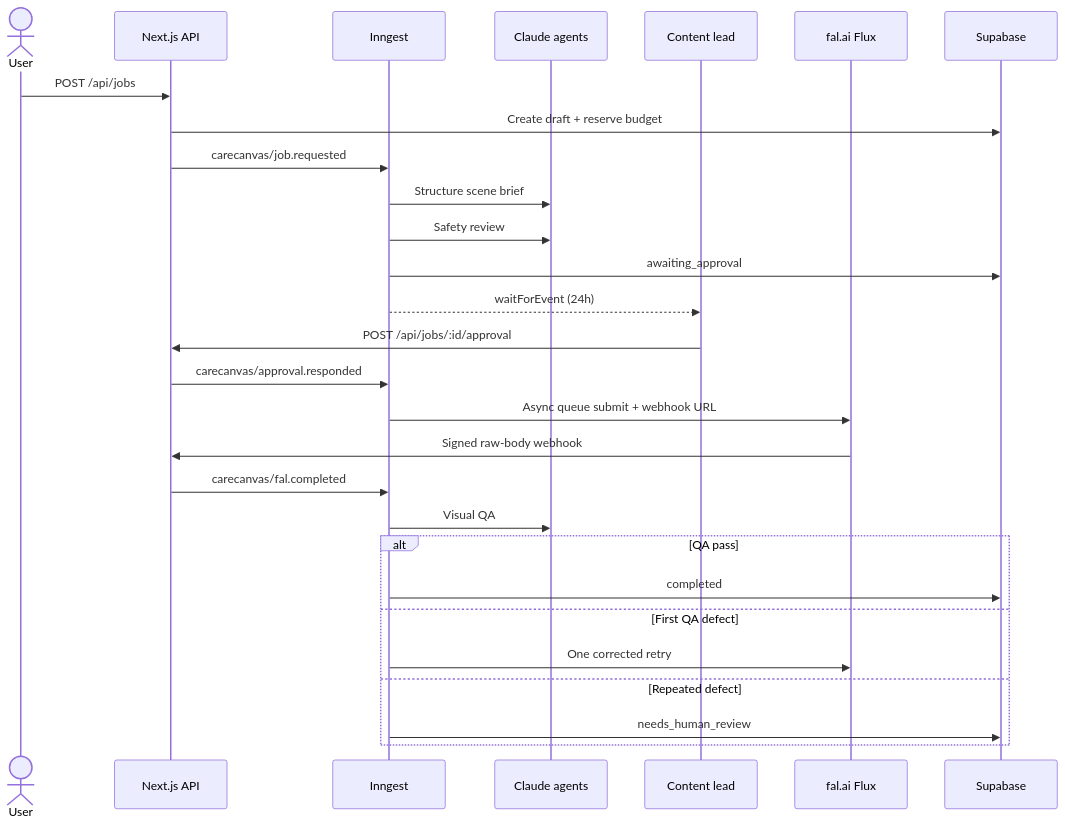
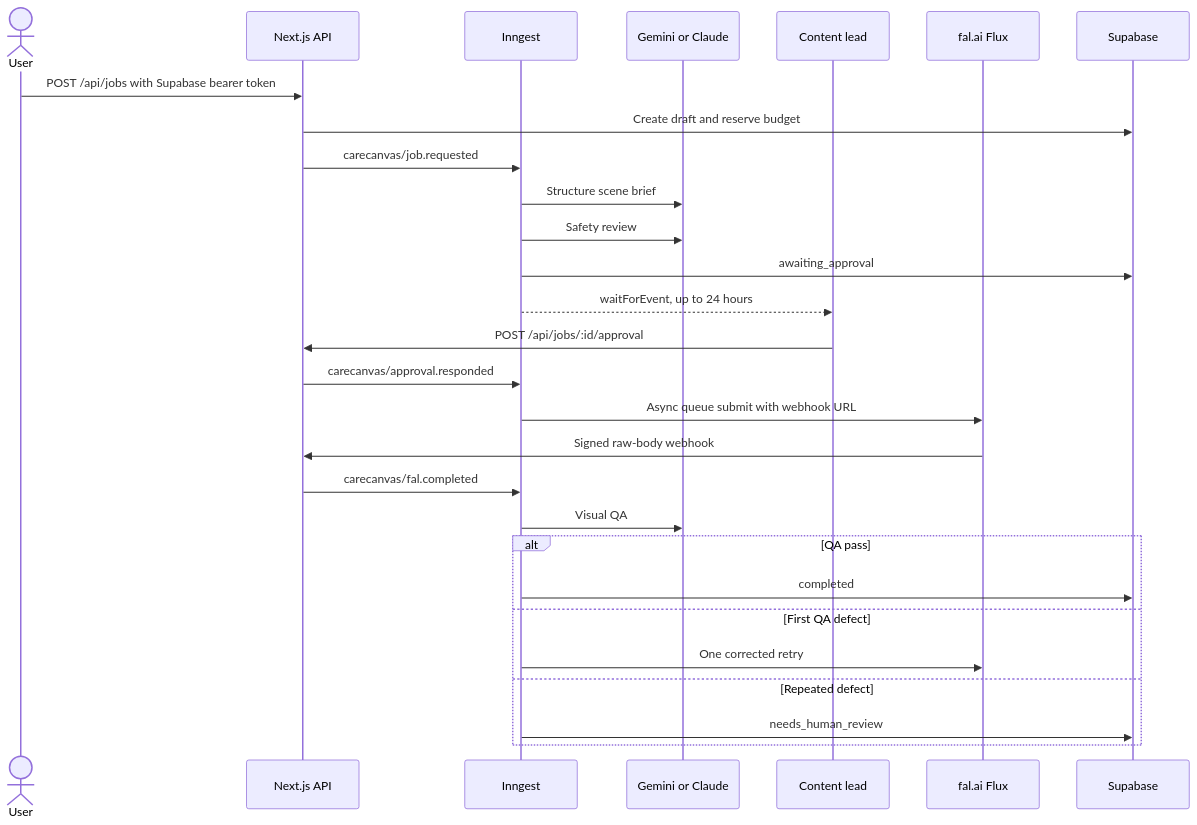
One commit to karuqii9704/carecanvas changed the second of 2 diagrams in docs/ARCHITECTURE.md. Above: the diagram before and after it, drawn with Mermaid. The commit also changed other lines of this file and 20 other files, not shown here.

````diff
--- a/docs/ARCHITECTURE.md
+++ b/docs/ARCHITECTURE.md
@@ -5,31 +51,31 @@
 ```mermaid
 sequenceDiagram
     actor User
     participant API as Next.js API
     participant Flow as Inngest
-    participant Claude as Claude agents
+    participant Agent as Gemini or Claude
     participant Human as Content lead
     participant Fal as fal.ai Flux
     participant DB as Supabase
 
-    User->>API: POST /api/jobs
-    API->>DB: Create draft + reserve budget
+    User->>API: POST /api/jobs with Supabase bearer token
+    API->>DB: Create draft and reserve budget
     API->>Flow: carecanvas/job.requested
-    Flow->>Claude: Structure scene brief
-    Flow->>Claude: Safety review
+    Flow->>Agent: Structure scene brief
+    Flow->>Agent: Safety review
     Flow->>DB: awaiting_approval
-    Flow-->>Human: waitForEvent (24h)
+    Flow-->>Human: waitForEvent, up to 24 hours
     Human->>API: POST /api/jobs/:id/approval
     API->>Flow: carecanvas/approval.responded
-    Flow->>Fal: Async queue submit + webhook URL
+    Flow->>Fal: Async queue submit with webhook URL
     Fal->>API: Signed raw-body webhook
     API->>Flow: carecanvas/fal.completed
-    Flow->>Claude: Visual QA
+    Flow->>Agent: Visual QA
     alt QA pass
       Flow->>DB: completed
     else First QA defect
       Flow->>Fal: One corrected retry
     else Repeated defect
       Flow->>DB: needs_human_review
     end
 ```
````
